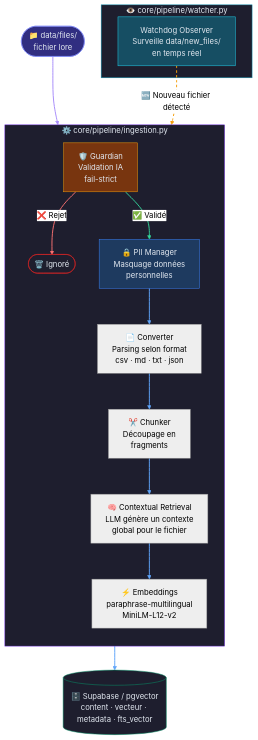
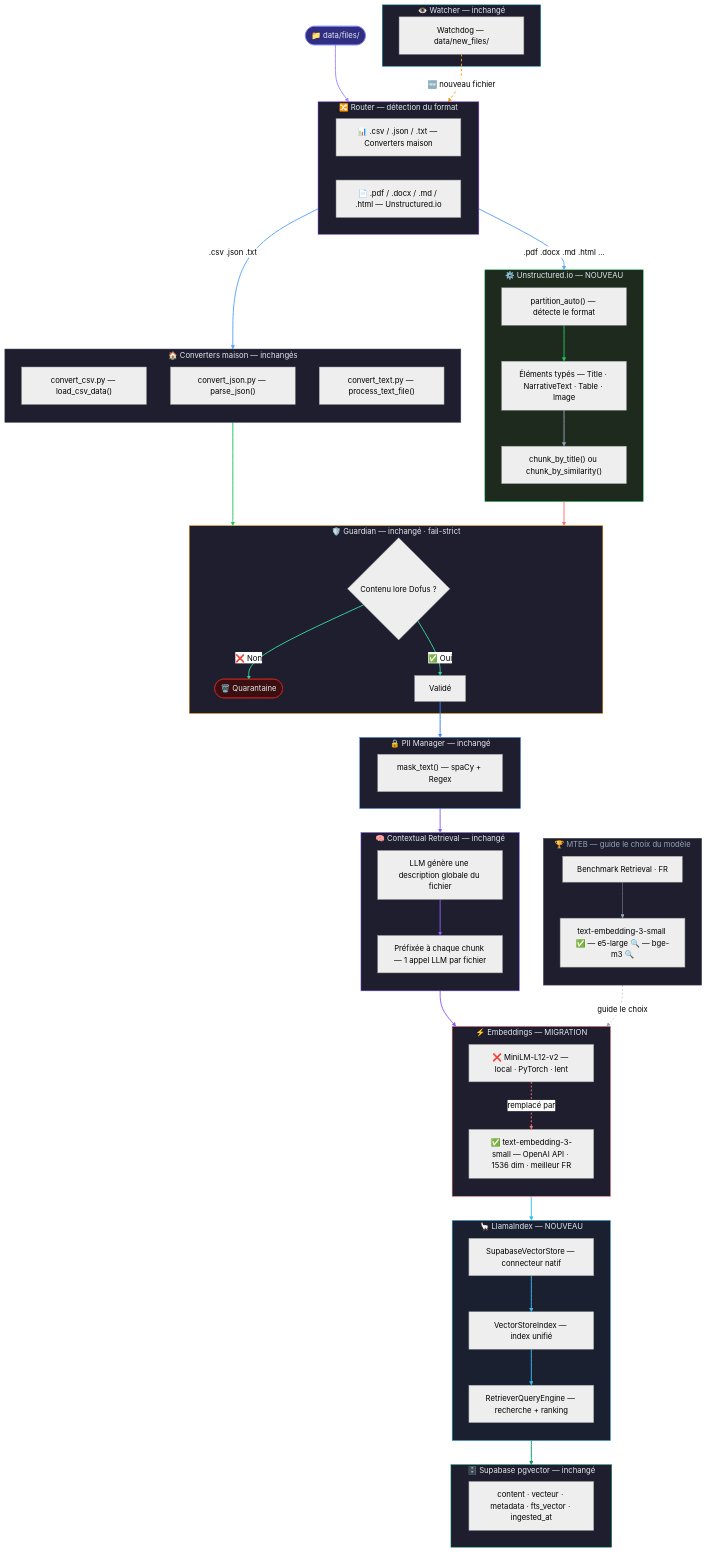
One commit to dlz-dev/HELMo-ORACLE changed the first of 3 diagrams in docs/workflow.md. Above: the diagram before and after it, drawn with Mermaid (neutral theme).

Commit message:
Nouveau schéma

````diff
--- a/docs/workflow.md
+++ b/docs/workflow.md
@@ -5,45 +5,128 @@
 ```mermaid
 flowchart TD
-    A([📁 data/files/\n fichier lore]) --> B
+    INPUT([📁 data/files/]) --> ROUTE
 
-    subgraph PIPELINE ["⚙️ core/pipeline/ingestion.py"]
-        direction TB
-        B[🛡️ Guardian\nValidation IA\nfail-strict]
-        D[🔒 PII Manager\nMasquage données\npersonnelles]
-        E[📄 Converter\nParsing selon format\ncsv · md · txt · json]
-        F[✂️ Chunker\nDécoupage en\nfragments]
-        G[🧠 Contextual Retrieval\nLLM génère un contexte\nglobal pour le fichier]
-        H[⚡ Embeddings\nparaphrase-multilingual\nMiniLM-L12-v2]
-
-        B -->|❌ Rejet| C([🗑️ Ignoré])
-        B -->|✅ Validé| D
-        D --> E --> F --> G --> H
+    subgraph ROUTE ["🔀 Router — détection du format"]
+        direction LR
+        R1["📊 .csv / .json / .txt — Converters maison"]
+        R2["📄 .pdf / .docx / .md / .html — Unstructured.io"]
     end
 
-    H --> I[(🗄️ Supabase / pgvector\ncontent · vecteur · metadata · fts_vector)]
+    ROUTE -->|".csv .json .txt"| MAISON
+    ROUTE -->|".pdf .docx .md .html ..."| UNSTRUCT
 
-    subgraph WATCHER ["👁️ core/pipeline/watcher.py"]
-        W[Watchdog Observer\nSurveille data/new_files/\nen temps réel]
+    subgraph MAISON ["🏠 Converters maison — inchangés"]
+        direction TB
+        M1["convert_csv.py — load_csv_data()"]
+        M2["convert_json.py — parse_json()"]
+        M3["convert_text.py — process_text_file()"]
     end
 
-    W -->|"🆕 Nouveau fichier détecté"| B
+    subgraph UNSTRUCT ["⚙️ Unstructured.io — NOUVEAU"]
+        direction TB
+        U1["partition_auto() — détecte le format"]
+        U2["Éléments typés — Title · NarrativeText · Table · Image"]
+        U3["chunk_by_title() ou chunk_by_similarity()"]
+        U1 --> U2 --> U3
+    end
 
-    linkStyle 0 stroke:#a78bfa,stroke-width:2px
-    linkStyle 1 stroke:#f87171,stroke-width:2px
-    linkStyle 2 stroke:#34d399,stroke-width:2px
-    linkStyle 3 stroke:#60a5fa,stroke-width:2px
-    linkStyle 4 stroke:#60a5fa,stroke-width:2px
-    linkStyle 5 stroke:#60a5fa,stroke-width:2px
-    linkStyle 6 stroke:#60a5fa,stroke-width:2px
-    linkStyle 7 stroke:#60a5fa,stroke-width:2px
-    linkStyle 8 stroke:#f59e0b,stroke-width:2px,stroke-dasharray:5
+    MAISON --> GUARD
+    UNSTRUCT --> GUARD
 
-    style PIPELINE fill:#1e1e2e,stroke:#7c3aed,color:#e2e8f0
+    subgraph GUARD ["🛡️ Guardian — inchangé · fail-strict"]
+        G1{"Contenu lore Dofus ?"}
+        G1 -->|"❌ Non"| G2(["🗑️ Quarantaine"])
+        G1 -->|"✅ Oui"| G3["Validé"]
+    end
+
+    G3 --> PII
+
+    subgraph PII ["🔒 PII Manager — inchangé"]
+        P1["mask_text() — spaCy + Regex"]
+    end
+
+    PII --> CTX
+
+    subgraph CTX ["🧠 Contextual Retrieval — inchangé"]
+        direction TB
+        C1["LLM génère une description globale du fichier"]
+        C2["Préfixée à chaque chunk — 1 appel LLM par fichier"]
+        C1 --> C2
+    end
+
+    CTX --> EMBED
+
+    subgraph EMBED ["⚡ Embeddings — MIGRATION"]
+        direction TB
+        E_OLD["❌ MiniLM-L12-v2 — local · PyTorch · lent"]
+        E_NEW["✅ text-embedding-3-small — OpenAI API · 1536 dim · meilleur FR"]
+        E_OLD -. "remplacé par" .-> E_NEW
+    end
+
+    EMBED --> LLAMA
+
+    subgraph LLAMA ["🦙 LlamaIndex — NOUVEAU"]
+        direction TB
+        L1["SupabaseVectorStore — connecteur natif"]
+        L2["VectorStoreIndex — index unifié"]
+        L3["RetrieverQueryEngine — recherche + ranking"]
+        L1 --> L2 --> L3
+    end
+
+    LLAMA --> DB
+
+    subgraph DB ["🗄️ Supabase pgvector — inchangé"]
+        D1["content · vecteur · metadata · fts_vector · ingested_at"]
+    end
+
+    subgraph MTEB ["🏆 MTEB — guide le choix du modèle"]
+        direction TB
+        MT1["Benchmark Retrieval · FR"]
+        MT2["text-embedding-3-small ✅ — e5-large 🔍 — bge-m3 🔍"]
+        MT1 --> MT2
+    end
+
+    MTEB -.->|"guide le choix"| EMBED
+
+    subgraph WATCHER ["👁️ Watcher — inchangé"]
+        W1["Watchdog — data/new_files/"]
+    end
+
+    W1 -->|"🆕 nouveau fichier"| ROUTE
+
+    linkStyle 0  stroke:#a78bfa,stroke-width:2px
+    linkStyle 1  stroke:#60a5fa,stroke-width:2px
+    linkStyle 2  stroke:#60a5fa,stroke-width:2px
+    linkStyle 3  stroke:#22c55e,stroke-width:2px
+    linkStyle 4  stroke:#94a3b8,stroke-width:2px
+    linkStyle 5  stroke:#22c55e,stroke-width:2px
+    linkStyle 6  stroke:#f87171,stroke-width:2px
+    linkStyle 7  stroke:#34d399,stroke-width:2px
+    linkStyle 8  stroke:#34d399,stroke-width:2px
+    linkStyle 9  stroke:#3b82f6,stroke-width:2px
+    linkStyle 10 stroke:#8b5cf6,stroke-width:2px
+    linkStyle 11 stroke:#8b5cf6,stroke-width:2px
+    linkStyle 12 stroke:#8b5cf6,stroke-width:2px
+    linkStyle 13 stroke:#f87171,stroke-width:2px,stroke-dasharray:4
+    linkStyle 14 stroke:#38bdf8,stroke-width:2px
+    linkStyle 15 stroke:#38bdf8,stroke-width:2px
+    linkStyle 16 stroke:#38bdf8,stroke-width:2px
+    linkStyle 17 stroke:#059669,stroke-width:2px
+    linkStyle 18 stroke:#94a3b8,stroke-width:1px
+    linkStyle 19 stroke:#94a3b8,stroke-width:1px,stroke-dasharray:4
+    linkStyle 20 stroke:#f59e0b,stroke-width:2px,stroke-dasharray:5
+
+    style ROUTE    fill:#1e1e2e,stroke:#7c3aed,color:#e2e8f0
+    style MAISON   fill:#1e1e2e,stroke:#475569,color:#e2e8f0
+    style UNSTRUCT fill:#1e2a1e,stroke:#22c55e,color:#e2e8f0
+    style GUARD    fill:#1e1e2e,stroke:#f59e0b,color:#e2e8f0
+    style PII      fill:#1e1e2e,stroke:#3b82f6,color:#e2e8f0
+    style CTX      fill:#1e1e2e,stroke:#8b5cf6,color:#e2e8f0
+    style EMBED    fill:#1e1e2e,stroke:#f87171,color:#e2e8f0
+    style LLAMA    fill:#1a2030,stroke:#38bdf8,color:#e2e8f0
+    style DB       fill:#1e1e2e,stroke:#059669,color:#e2e8f0
+    style MTEB     fill:#1e1e2e,stroke:#475569,color:#94a3b8
     style WATCHER  fill:#1e1e2e,stroke:#0891b2,color:#e2e8f0
-    style I        fill:#1e1e2e,stroke:#059669,color:#e2e8f0
-    style C        fill:#1e1e2e,stroke:#dc2626,color:#e2e8f0
-    style A        fill:#312e81,stroke:#818cf8,color:#e2e8f0
-    style B        fill:#78350f,stroke:#f59e0b,color:#e2e8f0
-    style D        fill:#1e3a5f,stroke:#3b82f6,color:#e2e8f0
-    style W        fill:#164e63,stroke:#22d3ee,color:#e2e8f0
+    style INPUT    fill:#312e81,stroke:#818cf8,color:#e2e8f0
+    style G2       fill:#3b0f0f,stroke:#dc2626,color:#e2e8f0
 ```
````
